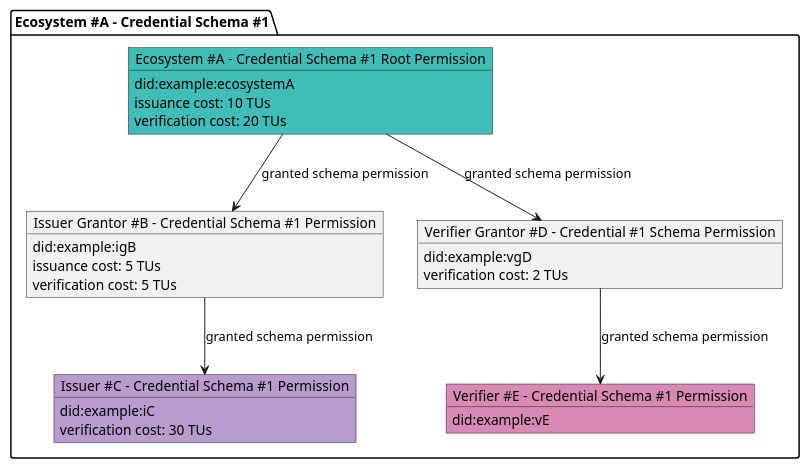
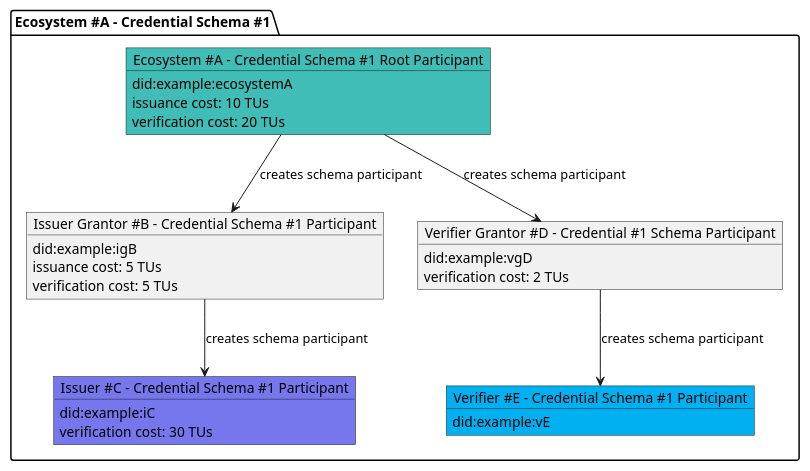
Before and after one commit to verana-labs/verana-docs: the first of 3 diagrams in docs/learn/verifiable-public-registry/70-credential-monetization.md, drawn with PlantUML. The commit also changed other lines of this file and 159 other files, not shown here.

````diff
--- a/docs/learn/verifiable-public-registry/70-credential-monetization.md
+++ b/docs/learn/verifiable-public-registry/70-credential-monetization.md
@@ -9,41 +9,41 @@
 ```plantuml
 
 @startuml
 scale max 800 width
  
 package "Ecosystem #A - Credential Schema #1" as cs {
 
-    object "Ecosystem #A - Credential Schema #1 Root Permission" as tr #3fbdb6 {
+    object "Ecosystem #A - Credential Schema #1 Root Participant" as tr #3fbdb6 {
         did:example:ecosystemA
         issuance cost: 10 TUs
         verification cost: 20 TUs
     }
-    object "Issuer Grantor #B - Credential Schema #1 Permission" as ig {
+    object "Issuer Grantor #B - Credential Schema #1 Participant" as ig {
         did:example:igB
         issuance cost: 5 TUs
         verification cost: 5 TUs
     }
-    object "Issuer #C - Credential Schema #1 Permission" as issuer #b99bce  {
+    object "Issuer #C - Credential Schema #1 Participant" as issuer #7677ed  {
         did:example:iC
         verification cost: 30 TUs
     }
-    object "Verifier Grantor #D - Credential #1 Schema Permission" as vg {
+    object "Verifier Grantor #D - Credential #1 Schema Participant" as vg {
         did:example:vgD
         verification cost: 2 TUs
     }
-    object "Verifier #E - Credential Schema #1 Permission" as verifier #D88AB3 {
+    object "Verifier #E - Credential Schema #1 Participant" as verifier #00b0f0 {
         did:example:vE
     }
 }
 
 
 
-tr --> ig : granted schema permission
-ig --> issuer : granted schema permission
+tr --> ig : creates schema participant
+ig --> issuer : creates schema participant
 
-tr --> vg : granted schema permission
-vg --> verifier : granted schema permission
+tr --> vg : creates schema participant
+vg --> verifier : creates schema participant
 
 @enduml
 
 ```
````
